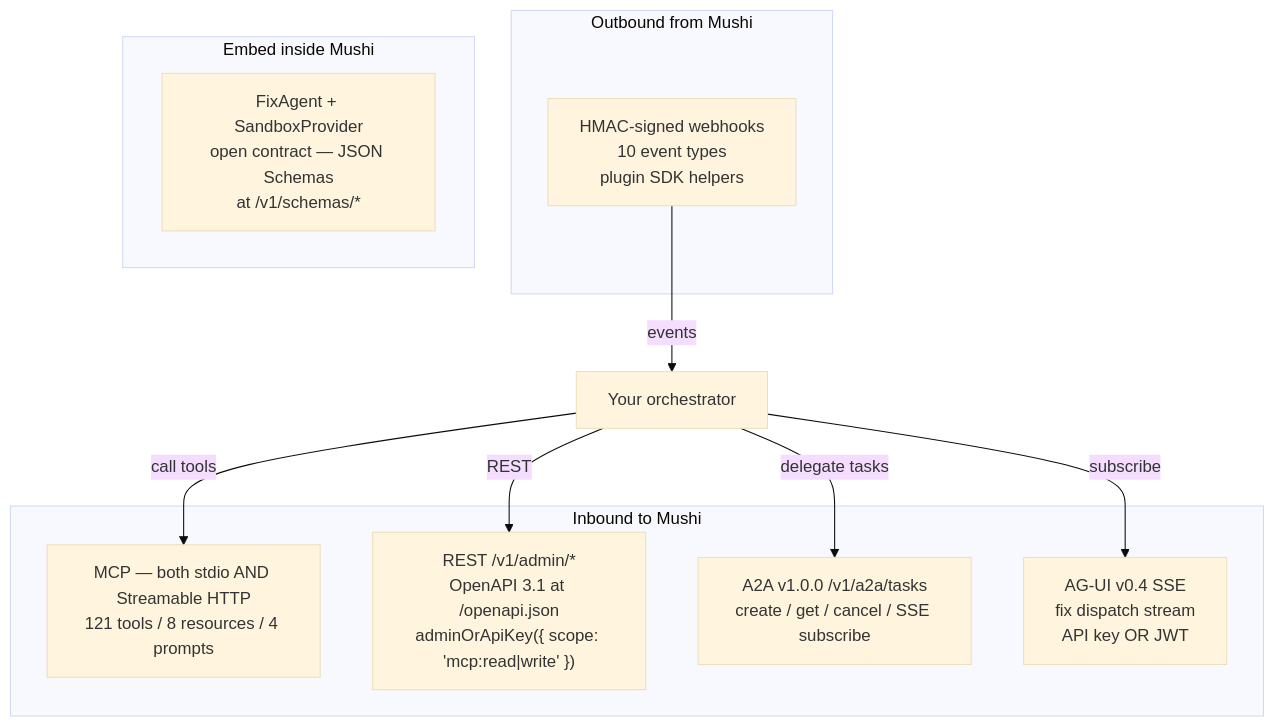
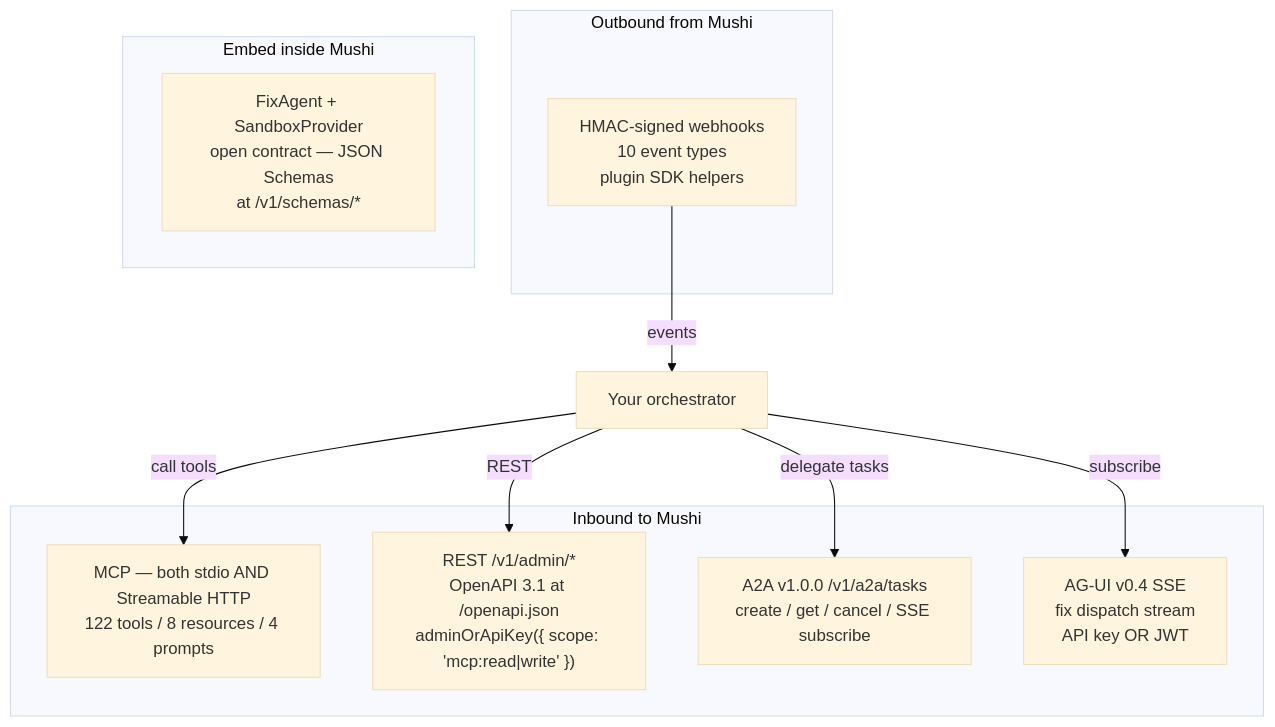
The diagram in apps/docs/content/concepts/orchestrator-interop.mdx (kensaurus/mushi-mushi), drawn with Mermaid (base theme) before and after one commit. The commit also changed other lines of this file and 9 other files, not shown here.

````diff
--- a/apps/docs/content/concepts/orchestrator-interop.mdx
+++ b/apps/docs/content/concepts/orchestrator-interop.mdx
@@ -32,20 +32,20 @@
 ```mermaid
 flowchart TB
   subgraph Inbound["Inbound to Mushi"]
-    MCP["MCP — both stdio AND Streamable HTTP<br/>121 tools / 8 resources / 4 prompts"]
+    MCP["MCP — both stdio AND Streamable HTTP<br/>122 tools / 8 resources / 4 prompts"]
     REST["REST /v1/admin/*<br/>OpenAPI 3.1 at /openapi.json<br/>adminOrApiKey({ scope: 'mcp:read|write' })"]
     A2A["A2A v1.0.0 /v1/a2a/tasks<br/>create / get / cancel / SSE subscribe"]
     AGUI["AG-UI v0.4 SSE<br/>fix dispatch stream<br/>API key OR JWT"]
   end
   subgraph Outbound["Outbound from Mushi"]
     Hooks["HMAC-signed webhooks<br/>10 event types<br/>plugin SDK helpers"]
   end
   subgraph Native["Embed inside Mushi"]
     FA["FixAgent + SandboxProvider<br/>open contract — JSON Schemas<br/>at /v1/schemas/*"]
   end
   Orch["Your orchestrator"] -->|"call tools"| MCP
   Orch -->|"REST"| REST
   Orch -->|"delegate tasks"| A2A
   Orch -->|"subscribe"| AGUI
   Hooks -->|"events"| Orch
 ```
````
